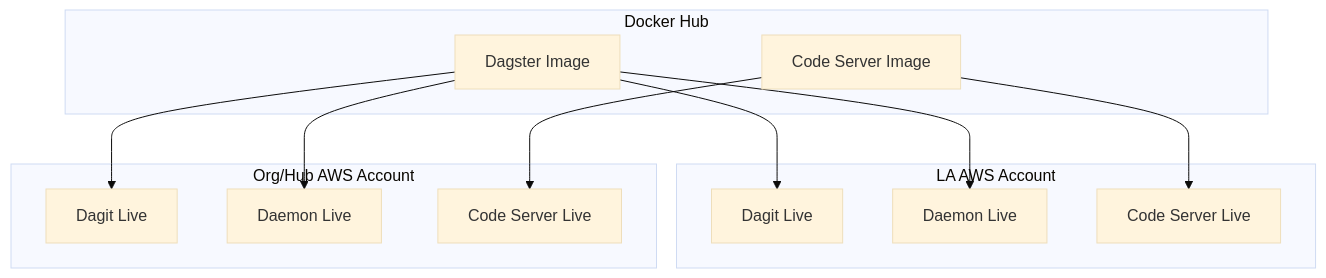
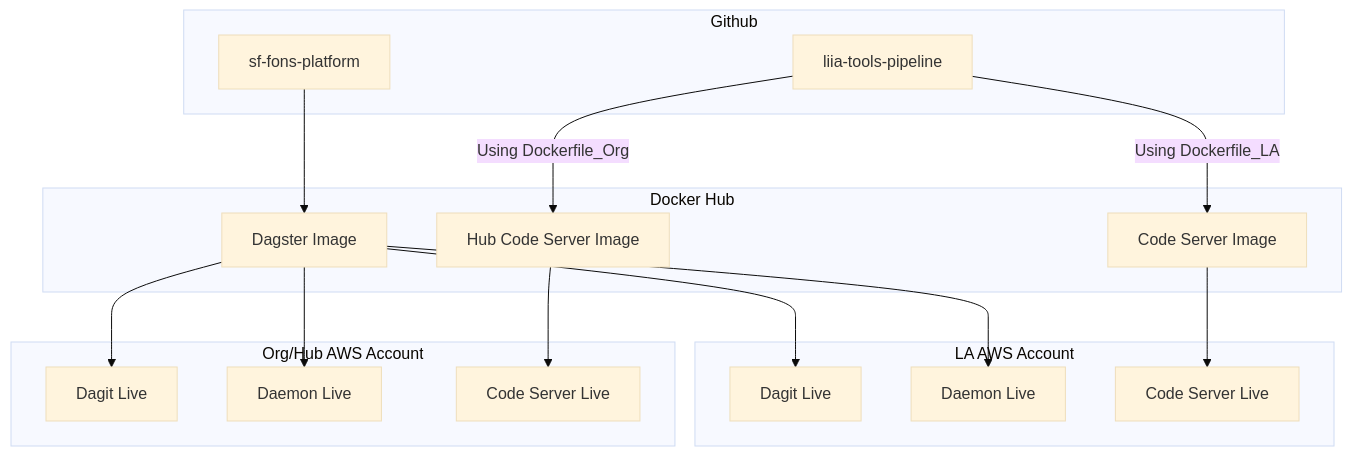
The diagram in dagster/README.md (SocialFinanceDigitalLabs/sf-fons-platform), drawn with Mermaid (base theme) before and after one commit. The commit also changed other lines of this file and 3 other files, not shown here.

````diff
--- a/dagster/README.md
+++ b/dagster/README.md
@@ -18,20 +18,26 @@
 ```mermaid
 graph TB;
 
+subgraph zero[Github]
+R[sf-fons-platform]
+S[liia-tools-pipeline]
+end
+
 subgraph one[Docker Hub]
-A[Dagster Image]
-G[Code Server Image]
+R-->A[Dagster Image]
+S--Using Dockerfile_LA-->G[Code Server Image]
+S--Using Dockerfile_Org-->B[Hub Code Server Image]
 end
 
 subgraph two[LA AWS Account]
 A-->C[Dagit Live]
 A-->D[Daemon Live]
 G-->H[Code Server Live]
 end
 
 subgraph three[Org/Hub AWS Account]
 A-->E[Dagit Live]
 A-->F[Daemon Live]
-G-->J[Code Server Live]
+B-->J[Code Server Live]
 end
 ```
````
